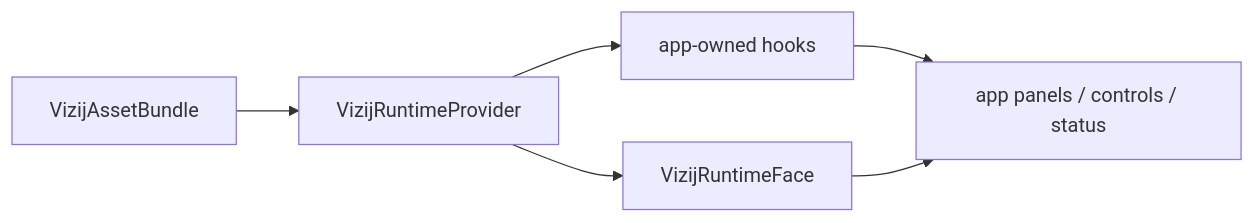
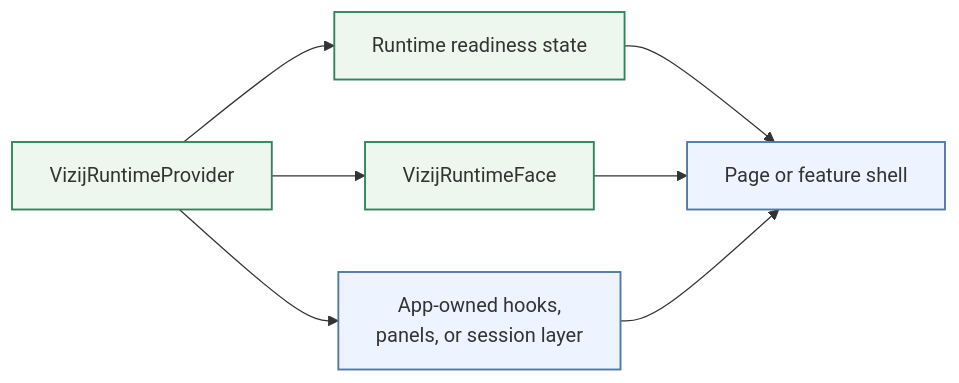
One commit to vizij-ai/vizij-docs changed the second of 2 diagrams in current_documentation/guidebook/integrate/loading-playback-and-embedding.md. Above: the diagram before and after it, drawn with Mermaid. The commit also changed other lines of this file and 24 other files, not shown here.

````diff
--- a/current_documentation/guidebook/integrate/loading-playback-and-embedding.md
+++ b/current_documentation/guidebook/integrate/loading-playback-and-embedding.md
@@ -133,8 +156,21 @@
 ```mermaid
 flowchart LR
-    bundle["VizijAssetBundle"] --> provider["VizijRuntimeProvider"]
-    provider --> face["VizijRuntimeFace"]
-    provider --> hooks["app-owned hooks"]
-    hooks --> ui["app panels / controls / status"]
-    face --> ui
+    classDef playback fill:#eef7ee,stroke:#2f855a,stroke-width:1.5px
+    classDef embed fill:#eef4ff,stroke:#4e79a7,stroke-width:1.5px
+
+    provider["VizijRuntimeProvider"]
+    state["Runtime readiness state"]
+    face["VizijRuntimeFace"]
+    hooks["App-owned hooks,\npanels, or session layer"]
+    shell["Page or feature shell"]
+
+    provider --> hooks
+    provider --> state
+    provider --> face
+    state --> shell
+    face --> shell
+    hooks --> shell
+
+    class provider,state,face playback
+    class hooks,shell embed
 ```
````
